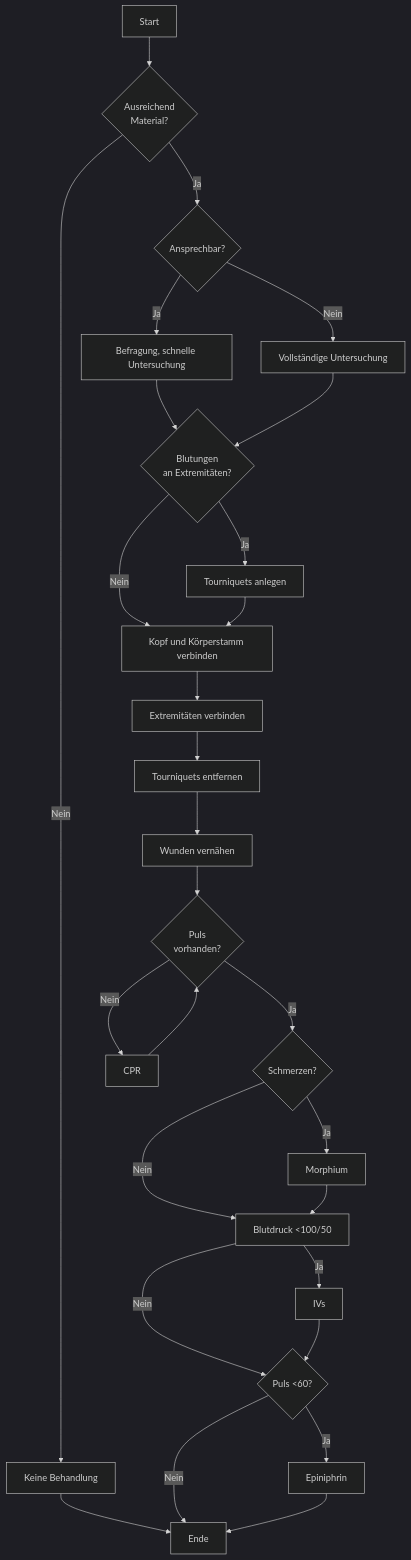
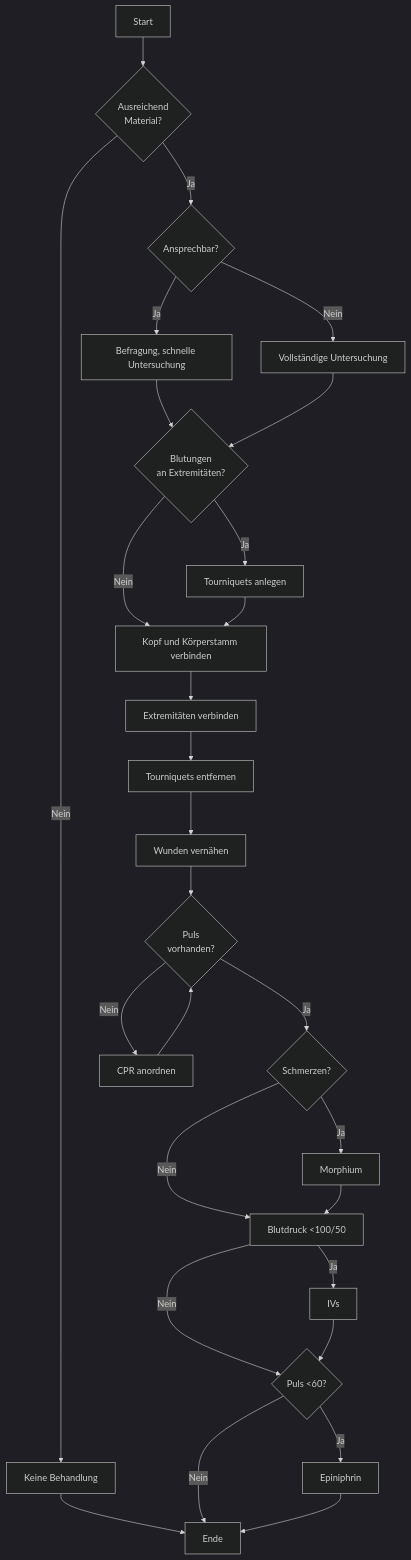
One commit to inten-gg/wiki changed the second of 2 diagrams in arma3/ace3-medical.md. Above: the diagram before and after it, drawn with Mermaid (dark theme). The commit also changed other lines of this file, not shown here.

Commit message:
docs: update arma3/ace3-medical

````diff
--- a/arma3/ace3-medical.md
+++ b/arma3/ace3-medical.md
@@ -101,30 +101,30 @@
 ```mermaid
 flowchart TD
     Start[Start] --> Material{Ausreichend\nMaterial?}
     Material -- Ja --> Ansprechbar{Ansprechbar?}    
     Material -- Nein --> Nope[Keine Behandlung]
     Nope --> Ende
     Ansprechbar -- Ja --> Question[Befragung, schnelle Untersuchung]    
     Ansprechbar -- Nein --> CompleteSearch[Vollständige Untersuchung]
     Question --> VieleBlutungen
     CompleteSearch --> VieleBlutungen{Blutungen\nan Extremitäten?}
     VieleBlutungen -- Ja --> Tourniquets[Tourniquets anlegen]
     VieleBlutungen -- Nein --> Torso[Kopf und Körperstamm verbinden]
     Tourniquets --> Torso
     Torso --> Extreminaeten[Extremitäten verbinden]
     Extreminaeten --> TourniquetsDel[Tourniquets entfernen]
     TourniquetsDel --> Stitch[Wunden vernähen]
     Stitch --> PulsAfterStitch{Puls\nvorhanden?}
     PulsAfterStitch -- Ja --> Pain{Schmerzen?}
-    PulsAfterStitch -- Nein --> CPR
+    PulsAfterStitch -- Nein --> CPR[CPR anordnen]
     CPR --> PulsAfterStitch
     Pain -- Ja --> Morphium
     Pain -- Nein --> BloodPressure[Blutdruck <100/50]
     Morphium --> BloodPressure
     BloodPressure -- Ja --> IVs    
     BloodPressure -- Nein --> PulseAfterBloodPressure{Puls <60?}
     IVs --> PulseAfterBloodPressure
     PulseAfterBloodPressure -- Ja --> Epiniphrin
     PulseAfterBloodPressure -- Nein --> Ende
     Epiniphrin --> Ende    
 ```  
````
